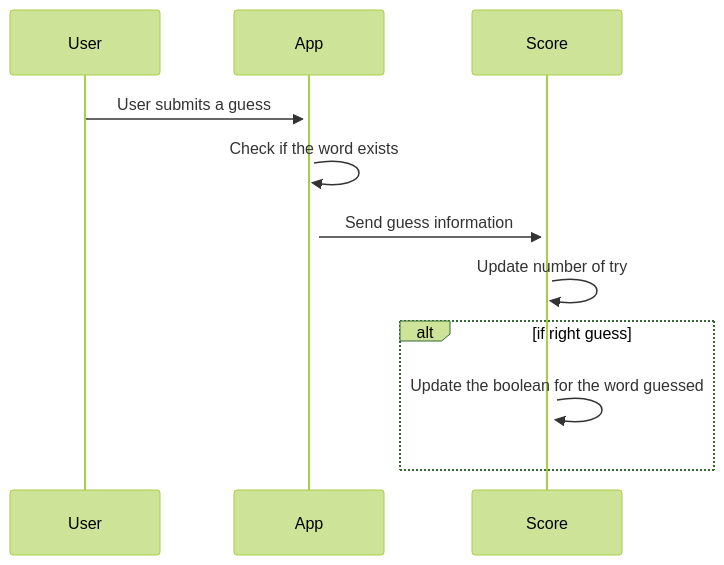
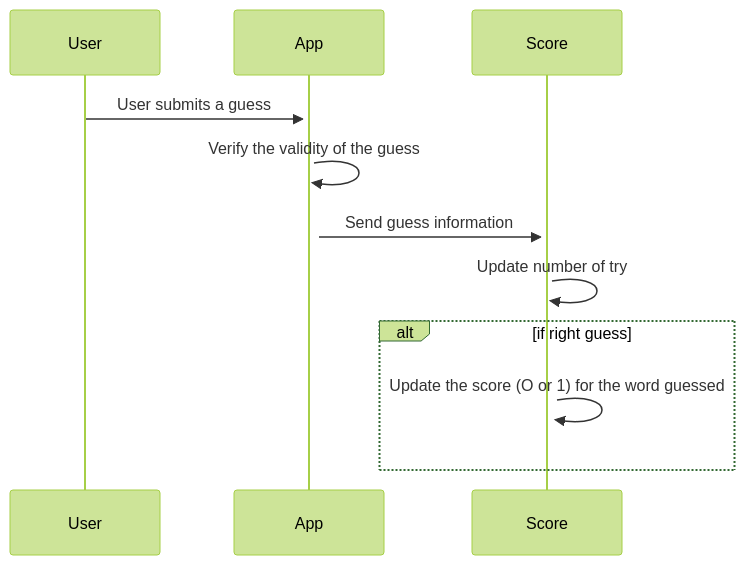
One commit to dorian-roux/DoLus-Sutom-APP changed the fourth of 5 diagrams in README.md. Above: the diagram before and after it, drawn with Mermaid (forest theme). The commit also changed other lines of this file and 19 other files, not shown here.

````diff
--- a/README.md
+++ b/README.md
@@ -124,10 +215,10 @@
 ```mermaid
 sequenceDiagram
     User->>+App: User submits a guess
-    App->>+App: Check if the word exists
+    App->>+App: Verify the validity of the guess
     App->>+Score: Send guess information
     Score->>+Score: Update number of try
     alt if right guess
-        Score->>+Score: Update the boolean for the word guessed
+        Score->>+Score: Update the score (O or 1) for the word guessed
 end
 ```
````
